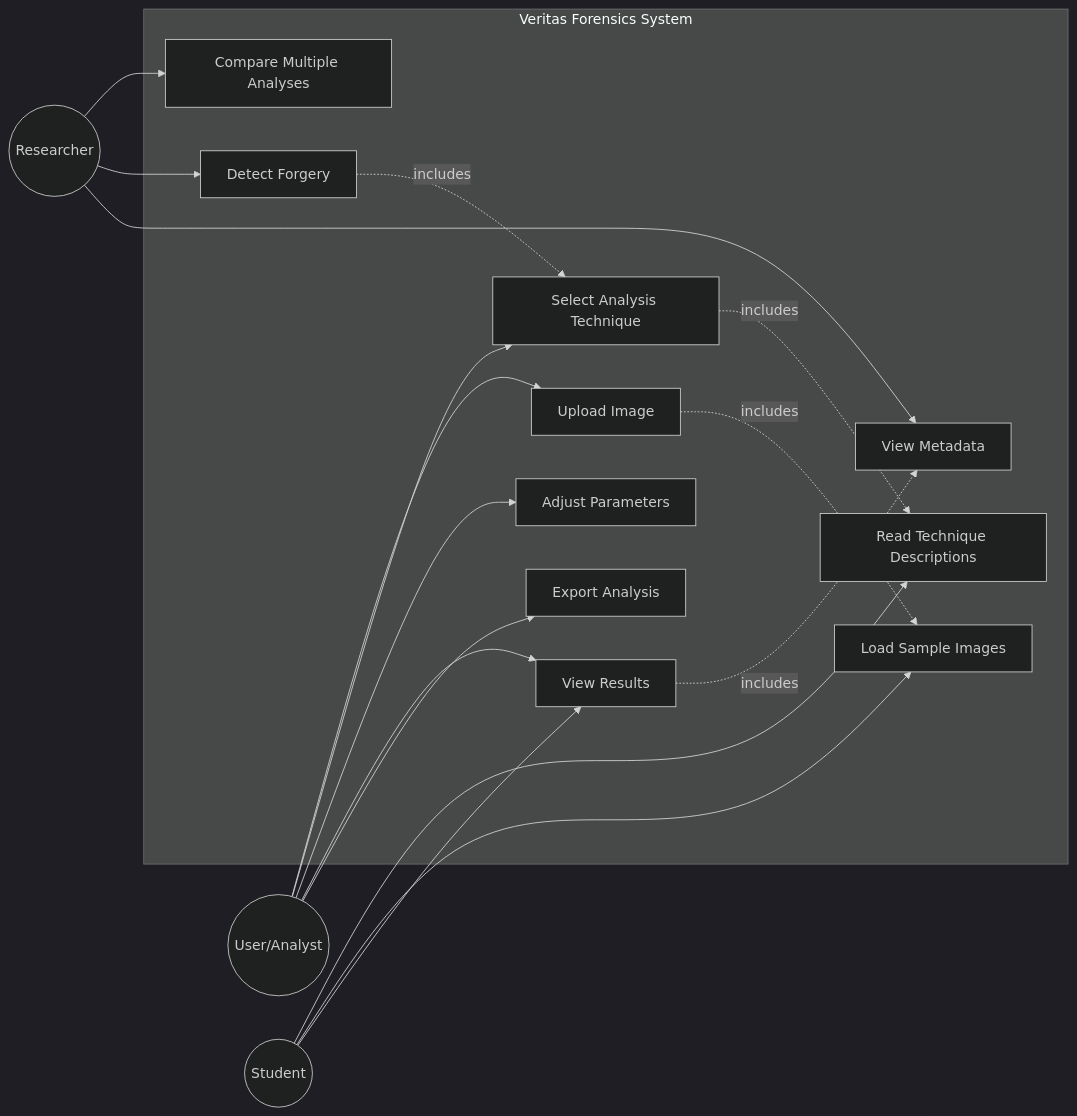
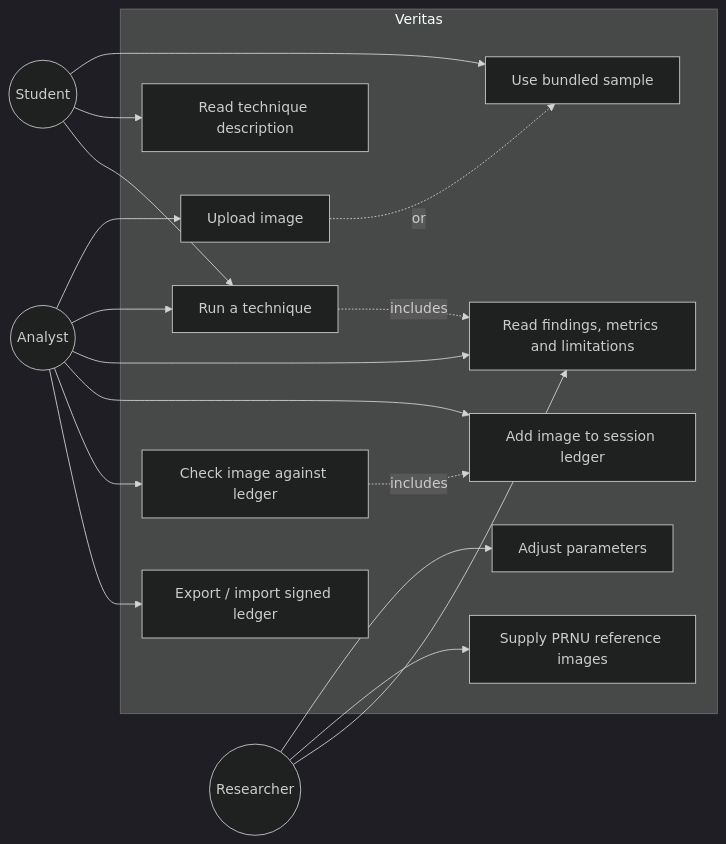
Before and after one commit to CodeRafay/Forensic-Image-Analysis-Toolkit: the second of 7 diagrams in docs/Documentation.md, drawn with Mermaid (dark theme). The commit also changed other lines of this file and 74 other files, not shown here.

````diff
--- a/docs/Documentation.md
+++ b/docs/Documentation.md
@@ -305,38 +300,36 @@
 ```mermaid
 graph LR
-    User((User/Analyst))
+    User((Analyst))
     Student((Student))
     Researcher((Researcher))
 
-    subgraph "Veritas Forensics System"
-        UC1[Upload Image]
-        UC2[Select Analysis Technique]
-        UC3[Adjust Parameters]
-        UC4[View Results]
-        UC5[Read Technique Descriptions]
-        UC6[Load Sample Images]
-        UC7[Export Analysis]
-        UC8[Compare Multiple Analyses]
-        UC9[View Metadata]
-        UC10[Detect Forgery]
+    subgraph "Veritas"
+        UC1[Upload image]
+        UC2[Use bundled sample]
+        UC3[Run a technique]
+        UC4[Adjust parameters]
+        UC5[Read findings, metrics and limitations]
+        UC6[Read technique description]
+        UC7[Supply PRNU reference images]
+        UC8[Add image to session ledger]
+        UC9[Check image against ledger]
+        UC10[Export / import signed ledger]
     end
 
     User --> UC1
-    User --> UC2
     User --> UC3
-    User --> UC4
-    User --> UC7
+    User --> UC5
+    User --> UC8
+    User --> UC9
+    User --> UC10
+    Student --> UC2
+    Student --> UC6
+    Student --> UC3
+    Researcher --> UC4
+    Researcher --> UC7
+    Researcher --> UC5
 
-    Student --> UC5
-    Student --> UC6
-    Student --> UC4
-
-    Researcher --> UC8
-    Researcher --> UC10
-    Researcher --> UC9
-
-    UC1 -.includes.-> UC6
-    UC2 -.includes.-> UC5
-    UC4 -.includes.-> UC9
-    UC10 -.includes.-> UC2
+    UC1 -.or.-> UC2
+    UC3 -.includes.-> UC5
+    UC9 -.includes.-> UC8
 ```
````
